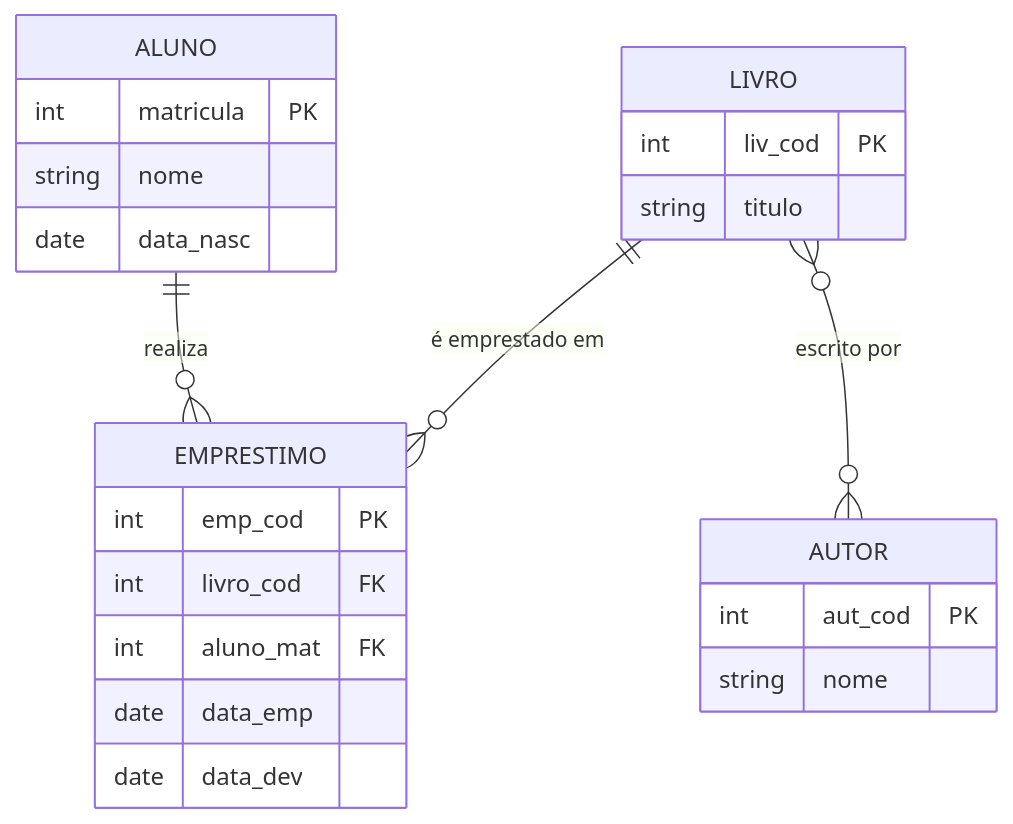
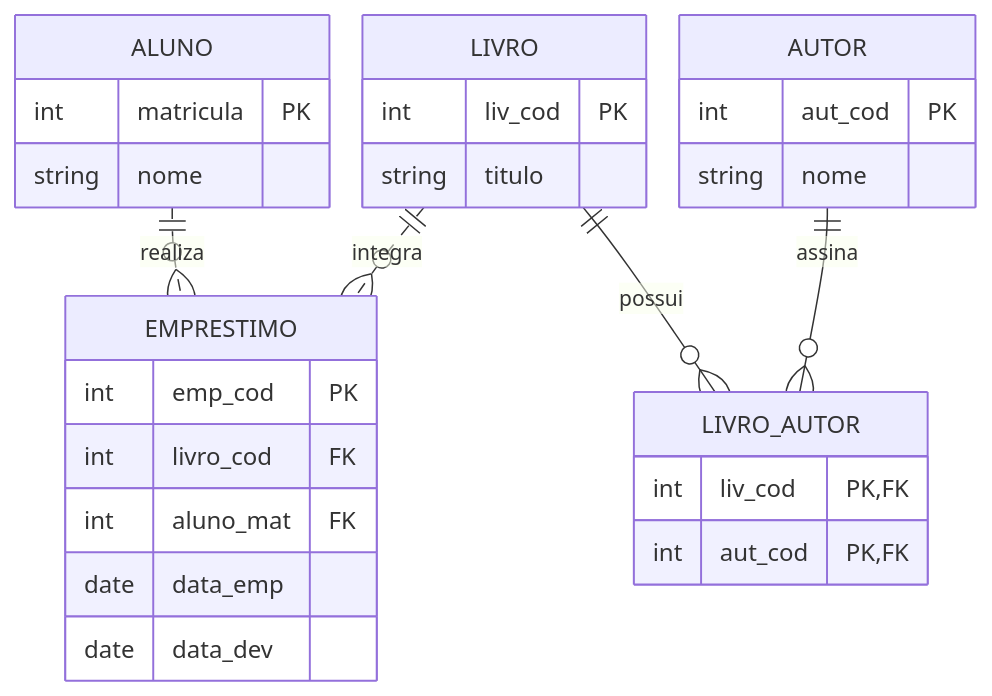
Before and after one commit to pedrotescaro/Stacklyst: the diagram in content/enade/banco-de-dados/modelagem-de-dados.md, drawn with Mermaid. The commit also changed other lines of this file and 84 other files, not shown here.

Commit message:
feat(enade): redraw study library diagrams

````diff
--- a/content/enade/banco-de-dados/modelagem-de-dados.md
+++ b/content/enade/banco-de-dados/modelagem-de-dados.md
@@ -107,26 +107,37 @@
-```mermaid DER em notação pé de galinha
+```mermaid Cardinalidades do cadastro da biblioteca
+---
+config:
+  er:
+    nodeSpacing: 22
+    rankSpacing: 38
+---
 erDiagram
-  ALUNO ||--o{ EMPRESTIMO : realiza
-  LIVRO ||--o{ EMPRESTIMO : "é emprestado em"
-  LIVRO }o--o{ AUTOR : "escrito por"
+  direction TB
+  ALUNO ||..o{ EMPRESTIMO : realiza
+  LIVRO ||..o{ EMPRESTIMO : integra
+  LIVRO ||--o{ LIVRO_AUTOR : possui
+  AUTOR ||--o{ LIVRO_AUTOR : assina
   ALUNO {
     int matricula PK
     string nome
-    date data_nasc
   }
   LIVRO {
     int liv_cod PK
     string titulo
   }
   EMPRESTIMO {
     int emp_cod PK
     int livro_cod FK
     int aluno_mat FK
     date data_emp
     date data_dev
   }
+  LIVRO_AUTOR {
+    int liv_cod PK,FK
+    int aut_cod PK,FK
+  }
   AUTOR {
     int aut_cod PK
     string nome
   }
 ```
````
